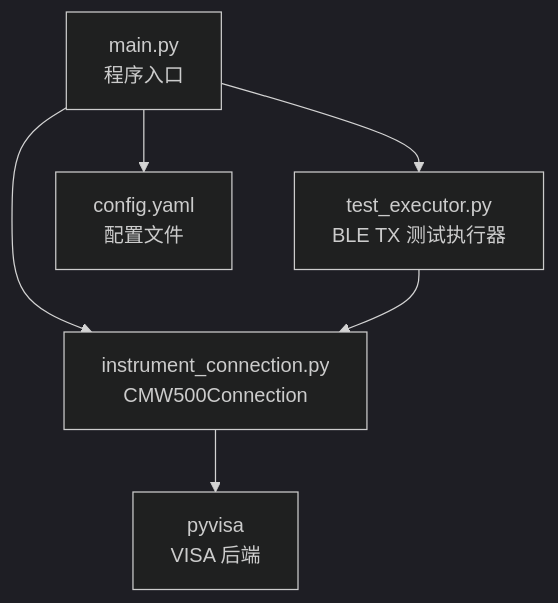
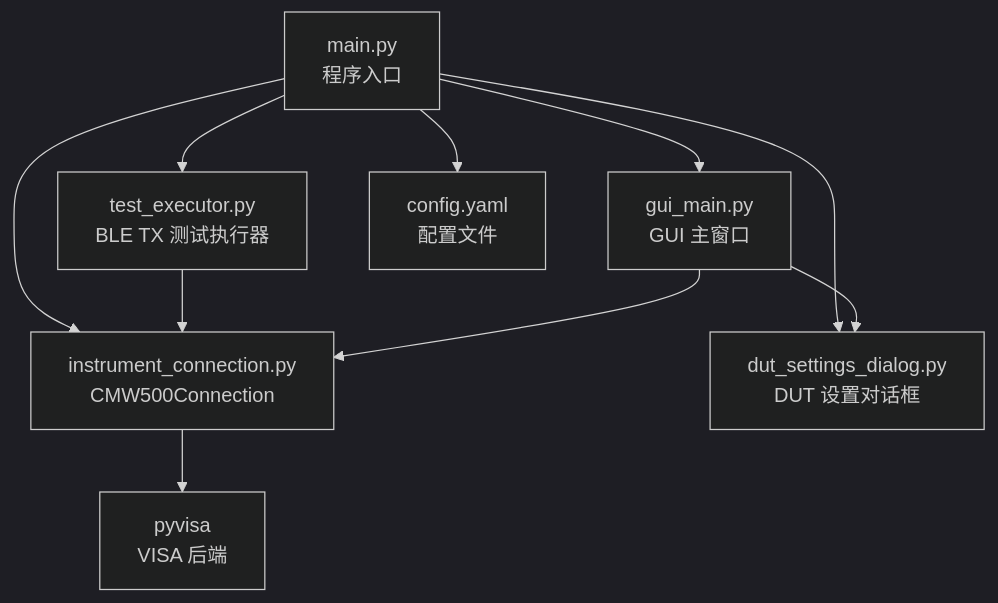
Before and after one commit to TTaO0928/CMW500_BLE_Test_release: the first of 7 diagrams in .qoder/repowiki/zh/content/API 参考文档/仪器连接 API.md, drawn with Mermaid (dark theme). The commit also changed other lines of this file and 2082 other files, not shown here.

````diff
--- a/.qoder/repowiki/zh/content/API 参考文档/仪器连接 API.md
+++ b/.qoder/repowiki/zh/content/API 参考文档/仪器连接 API.md
@@ -35,8 +49,12 @@
 ```mermaid
 graph TB
 A["main.py<br/>程序入口"] --> B["instrument_connection.py<br/>CMW500Connection"]
 A --> C["test_executor.py<br/>BLE TX 测试执行器"]
-A --> D["config.yaml<br/>配置文件"]
-B --> E["pyvisa<br/>VISA 后端"]
+A --> D["dut_settings_dialog.py<br/>DUT 设置对话框"]
+A --> E["gui_main.py<br/>GUI 主窗口"]
+A --> F["config.yaml<br/>配置文件"]
+B --> G["pyvisa<br/>VISA 后端"]
 C --> B
+E --> D
+E --> B
 ```
````
